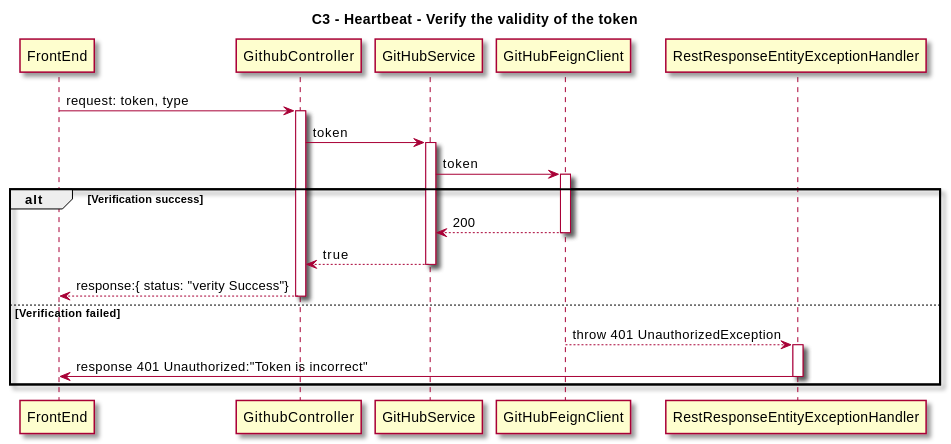
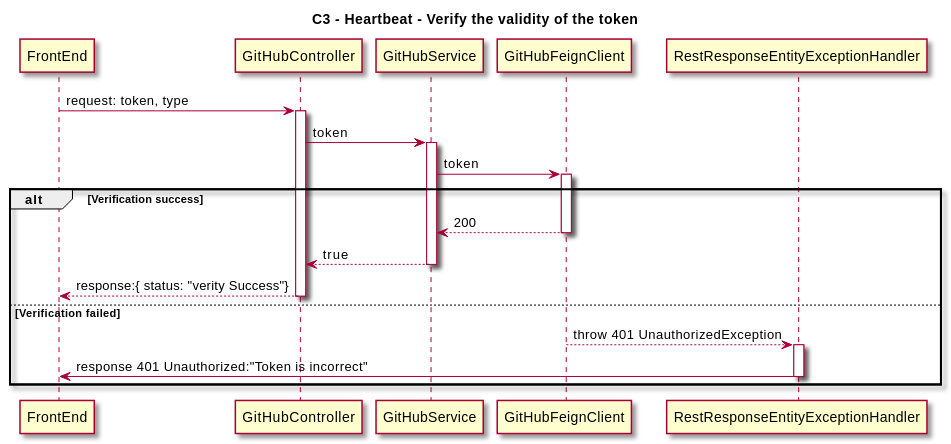
The first of 2 diagrams in docs/src/content/docs/en/spikes/tech-spikes-split-verify-of-github.mdx (thoughtworks/HeartBeat), drawn with PlantUML before and after one commit. The commit also changed other lines of this file, not shown here.

Commit message:
ADM-679:[docs]feat: add Request timing for two api

````diff
--- a/docs/src/content/docs/en/spikes/tech-spikes-split-verify-of-github.mdx
+++ b/docs/src/content/docs/en/spikes/tech-spikes-split-verify-of-github.mdx
@@ -43,36 +44,36 @@
 ```plantuml
 @startuml
 skin rose
 title C3 - Heartbeat - Verify the validity of the token
 
 participant FrontEnd
-participant GithubController
+participant GitHubController
 participant GitHubService
 participant GitHubFeignClient
 participant RestResponseEntityExceptionHandler
 
 ' group Verify the validity of the token
-    FrontEnd -> GithubController: request: token, type
-    activate GithubController
-    GithubController -> GitHubService: token
+    FrontEnd -> GitHubController: request: token, type
+    activate GitHubController
+    GitHubController -> GitHubService: token
     activate GitHubService
     GitHubService -> GitHubFeignClient: token
     activate GitHubFeignClient
 alt Verification success
     GitHubFeignClient --> GitHubService: 200
     deactivate GitHubFeignClient
-    GitHubService --> GithubController: true
+    GitHubService --> GitHubController: true
     deactivate GitHubService
-    GithubController --> FrontEnd: response:{ status: "verity Success"}
-    deactivate GithubController
+    GitHubController --> FrontEnd: response:{ status: "verity Success"}
+    deactivate GitHubController
 else Verification failed
     GitHubFeignClient --> RestResponseEntityExceptionHandler: throw 401 UnauthorizedException
     deactivate GitHubFeignClient
     activate RestResponseEntityExceptionHandler
     RestResponseEntityExceptionHandler -> FrontEnd: response 401 Unauthorized:"Token is incorrect"
     deactivate RestResponseEntityExceptionHandler
     ' deactivate GitHubService
-    ' deactivate GithubController
+    ' deactivate GitHubController
 end
 @enduml
 ```
````
